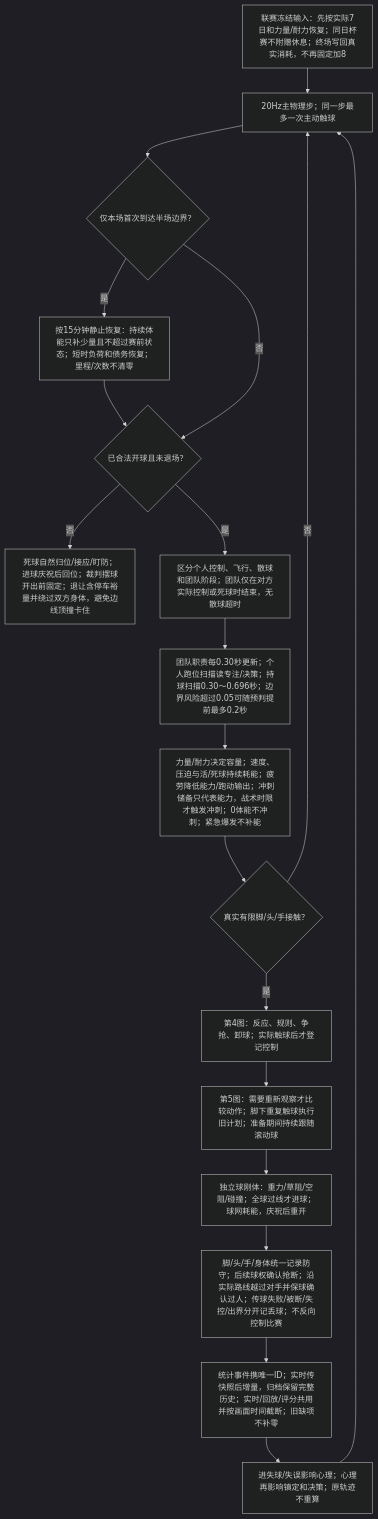
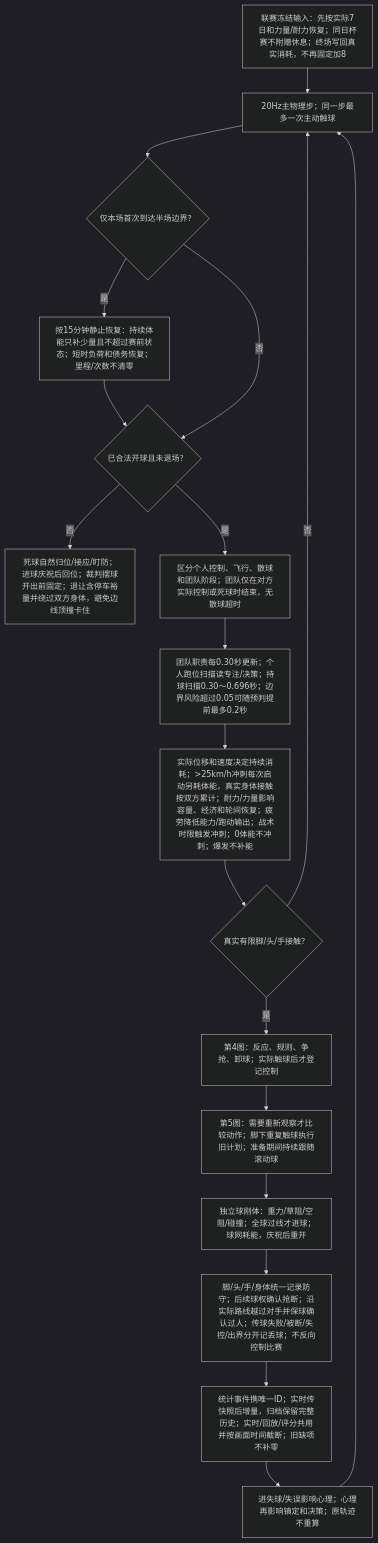
Before and after one commit to sixu3575/touchline-manager: the first of 7 diagrams in packages/shared/modules/matches/design/PLAYER_DECISION_MAP.md, drawn with Mermaid (dark theme). The commit also changed other lines of this file and 18 other files, not shown here.

````diff
--- a/packages/shared/modules/matches/design/PLAYER_DECISION_MAP.md
+++ b/packages/shared/modules/matches/design/PLAYER_DECISION_MAP.md
@@ -13,21 +13,21 @@
 ```mermaid
 flowchart TD
   OW["联赛冻结输入：先按实际7日和力量/耐力恢复；同日杯赛不附赠休息；终场写回真实消耗，不再固定加8"] --> O0["20Hz主物理步；同一步最多一次主动触球"]
   O0 --> OH{"仅本场首次到达半场边界？"}
   OH -->|是| OH1["按15分钟静止恢复：持续体能只补少量且不超过赛前状态；短时负荷和债务恢复；里程/次数不清零"]
   OH1 --> O1{"已合法开球且未退场？"}
   OH -->|否| O1
   O1 -->|否| O2["死球自然归位/接应/盯防；进球庆祝后回位；裁判摆球开出前固定；退让含停车裕量并绕过双方身体，避免边线顶撞卡住"]
   O1 -->|是| O3["区分个人控制、飞行、散球和团队阶段；团队仅在对方实际控制或死球时结束，无散球超时"]
   O3 --> O4["团队职责每0.30秒更新；个人跑位扫描读专注/决策；持球扫描0.30～0.696秒；边界风险超过0.05可随预判提前最多0.2秒"]
-  O4 --> O5["力量/耐力决定容量；速度、压迫与活/死球持续耗能；疲劳降低能力/跑动输出；冲刺储备只代表能力，战术时限才触发冲刺；0体能不冲刺；紧急爆发不补能"]
+  O4 --> O5["实际位移和速度决定持续消耗；>25km/h冲刺每次启动另耗体能，真实身体接触按双方累计；耐力/力量影响容量、经济和轮间恢复；疲劳降低能力/跑动输出；战术时限触发冲刺；0体能不冲刺；爆发不补能"]
   O5 --> O6{"真实有限脚/头/手接触？"}
   O6 -->|否| O0
   O6 -->|是| O7["第4图：反应、规则、争抢、卸球；实际触球后才登记控制"]
   O7 --> O8["第5图：需要重新观察才比较动作；脚下重复触球执行旧计划；准备期间持续跟随滚动球"]
   O8 --> O9["独立球刚体：重力/草阻/空阻/碰撞；全球过线才进球；球网耗能，庆祝后重开"]
   O9 --> OS["脚/头/手/身体统一记录防守；后续球权确认抢断；沿实际路线越过对手并保球确认过人；传球失败/被断/失控/出界分开记丢球；不反向控制比赛"]
   OS --> OSC["统计事件携唯一ID；实时传快照后增量，归档保留完整历史；实时/回放/评分共用并按画面时间截断；旧缺项不补零"]
   OSC --> OM["进失球/失误影响心理；心理再影响镇定和决策；原轨迹不重算"]
   OM --> O0
 ```
````
